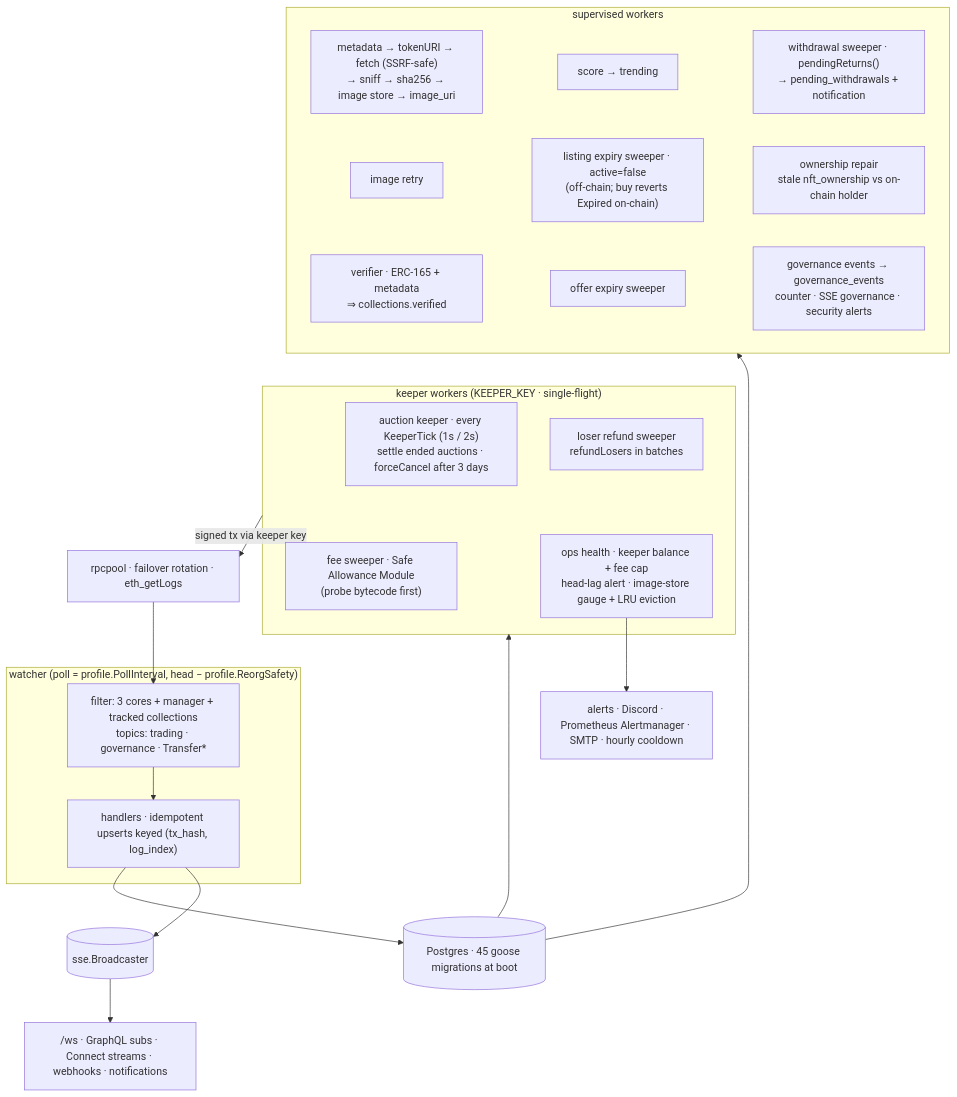
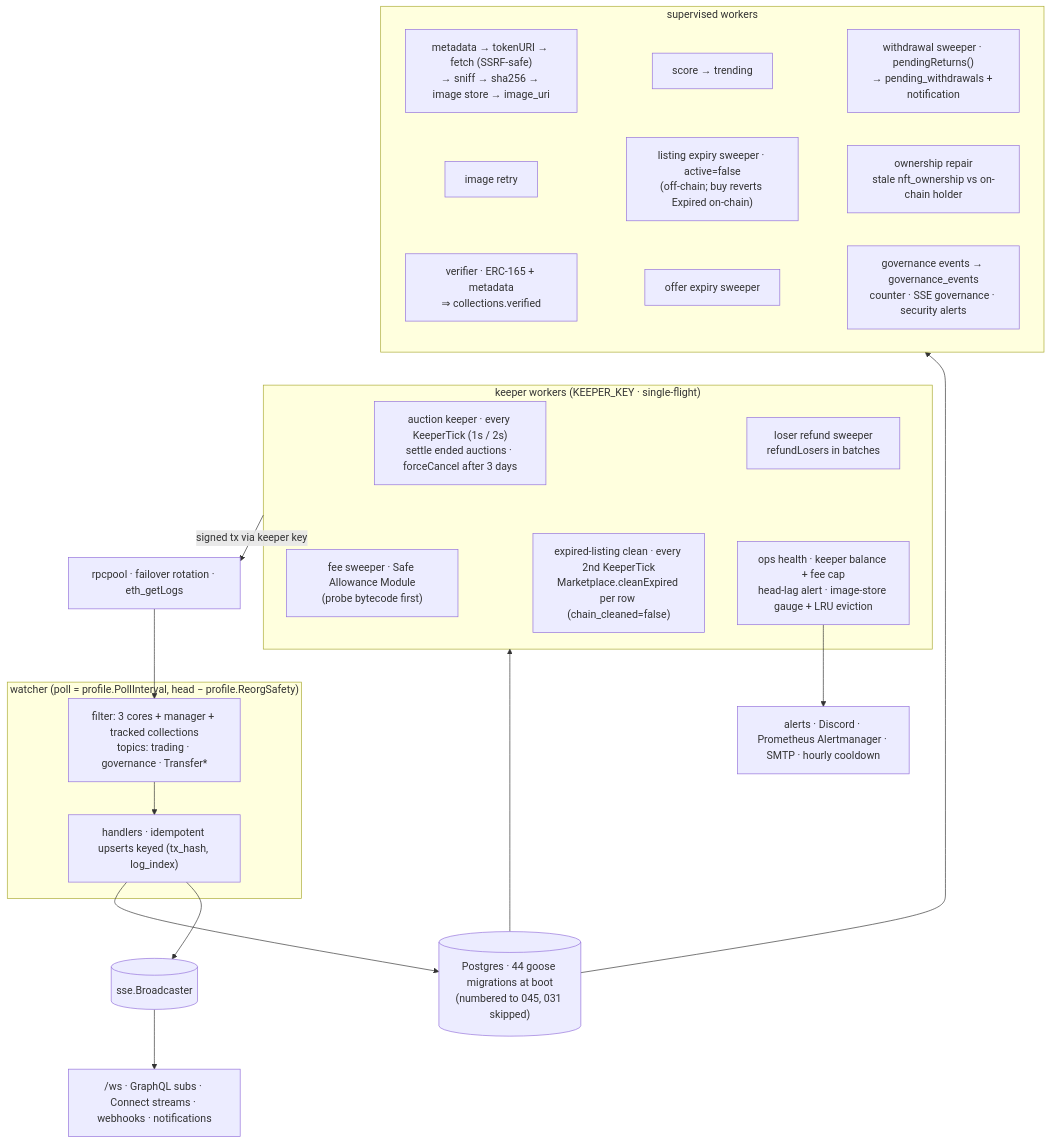
The fourth of 9 diagrams in app/src/pages/docs/system.md (OfficialA1manac/MagicWebb), drawn with Mermaid before and after one commit. The commit also changed other lines of this file and 12 other files, not shown here.

First line of the commit message:
docs+fix: wave-8 accuracy review — owner cannot refund an expired offer (UI), cleanExpired is keeper-driven, real go-run paths, counts that match the code

````diff
--- a/app/src/pages/docs/system.md
+++ b/app/src/pages/docs/system.md
@@ -141,39 +141,40 @@
 ```mermaid
 flowchart TB
   RPC["rpcpool · failover rotation · eth_getLogs"]
   subgraph WATCH["watcher (poll = profile.PollInterval, head − profile.ReorgSafety)"]
     F["filter: 3 cores + manager + tracked collections<br/>topics: trading · governance · Transfer*"]
     H["handlers · idempotent upserts keyed (tx_hash, log_index)"]
   end
   RPC --> F --> H
-  H --> DB[("Postgres · 45 goose migrations at boot")]
+  H --> DB[("Postgres · 44 goose migrations at boot<br/>(numbered to 045, 031 skipped)")]
   H --> BC[("sse.Broadcaster")]
   BC --> OUT["/ws · GraphQL subs · Connect streams · webhooks · notifications"]
   subgraph WORK["supervised workers"]
     META["metadata → tokenURI → fetch (SSRF-safe)<br/>→ sniff → sha256 → image store → image_uri"]
     RETRY["image retry"]
     VER["verifier · ERC-165 + metadata<br/>⇒ collections.verified"]
     SCORE["score → trending"]
     LEXP["listing expiry sweeper · active=false<br/>(off-chain; buy reverts Expired on-chain)"]
     OEXP["offer expiry sweeper"]
     WDR["withdrawal sweeper · pendingReturns()<br/>→ pending_withdrawals + notification"]
     OWN["ownership repair<br/>stale nft_ownership vs on-chain holder"]
     GOV["governance events → governance_events<br/>counter · SSE governance · security alerts"]
     META ~~~ SCORE ~~~ WDR
     RETRY ~~~ LEXP ~~~ OWN
     VER ~~~ OEXP ~~~ GOV
   end
   DB --> WORK
   subgraph KEEP["keeper workers (KEEPER_KEY · single-flight)"]
     AK["auction keeper · every KeeperTick (1s / 2s)<br/>settle ended auctions · forceCancel after 3 days"]
     LR["loser refund sweeper<br/>refundLosers in batches"]
     FEE["fee sweeper · Safe Allowance Module<br/>(probe bytecode first)"]
     OPS["ops health · keeper balance + fee cap<br/>head-lag alert · image-store gauge + LRU eviction"]
+    CLEAN["expired-listing clean · every 2nd KeeperTick<br/>Marketplace.cleanExpired per row (chain_cleaned=false)"]
     AK ~~~ FEE
     LR ~~~ OPS
   end
   DB --> KEEP
   WORK ~~~ KEEP
   KEEP -->|"signed tx via keeper key"| RPC
   OPS --> AL["alerts · Discord · Prometheus Alertmanager · SMTP · hourly cooldown"]
 ```
````
